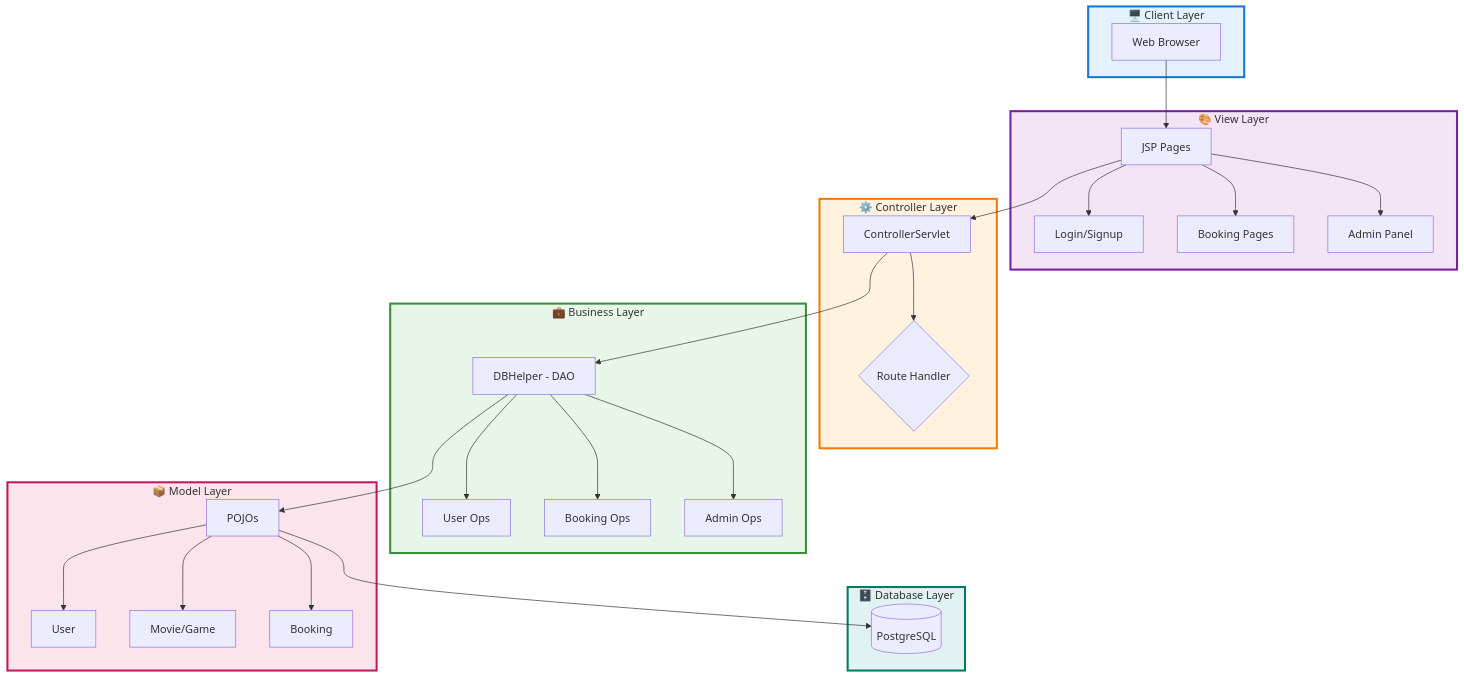
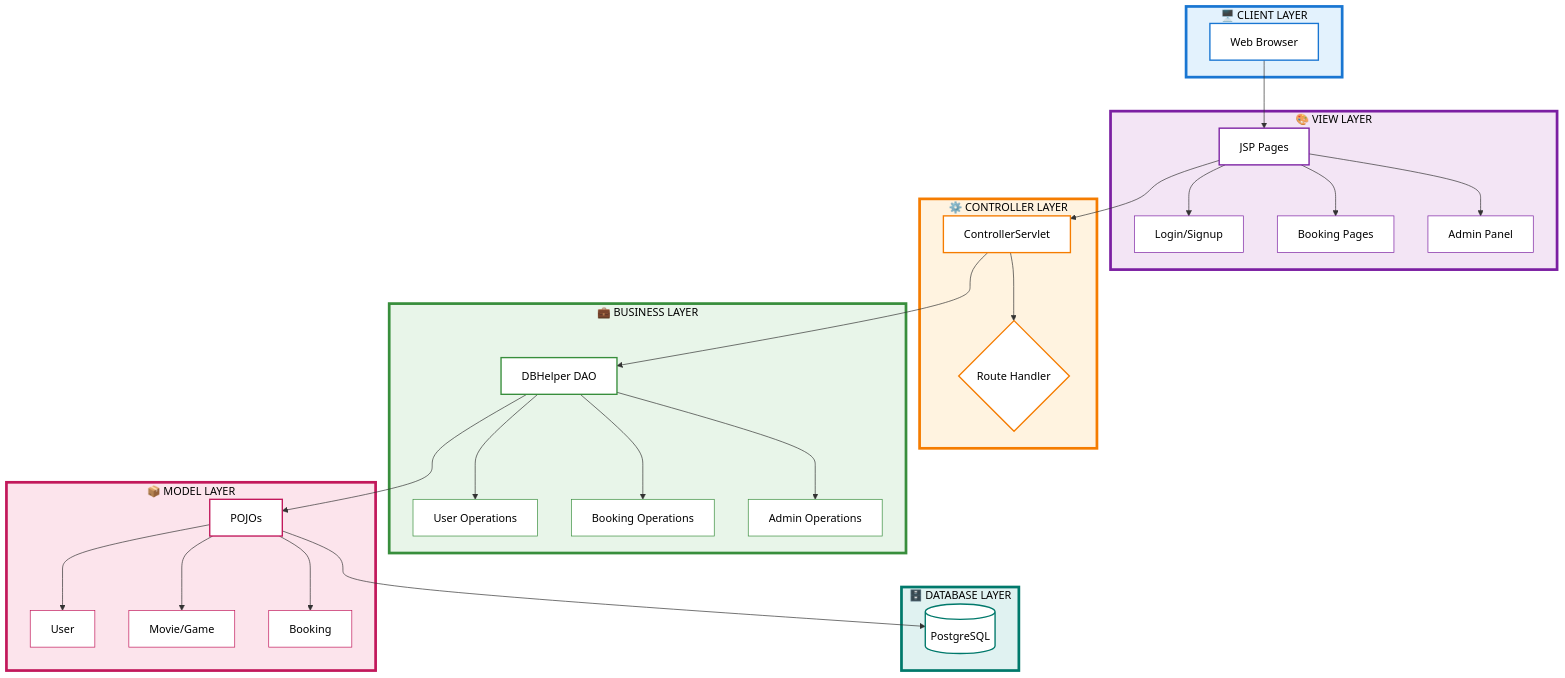
One commit to kumarpiyushraj/Book-My-Fun changed the second of 7 diagrams in README.md. Above: the diagram before and after it, drawn with Mermaid. The commit also changed other lines of this file, not shown here.

First line of the commit message:
Refactor architecture diagrams and update images

````diff
--- a/README.md
+++ b/README.md
@@ -121,53 +120,69 @@
 ```mermaid
 flowchart TD
-    subgraph Client["🖥️ Client Layer"]
+    subgraph Client["🖥️ CLIENT LAYER"]
         A[Web Browser]
     end
     
-    subgraph View["🎨 View Layer"]
+    subgraph View["🎨 VIEW LAYER"]
         B[JSP Pages]
         B1[Login/Signup]
         B2[Booking Pages]
         B3[Admin Panel]
         B --> B1 & B2 & B3
     end
     
-    subgraph Controller["⚙️ Controller Layer"]
+    subgraph Controller["⚙️ CONTROLLER LAYER"]
         C[ControllerServlet]
         C1{Route Handler}
         C --> C1
     end
     
-    subgraph Business["💼 Business Layer"]
-        D[DBHelper - DAO]
-        D1[User Ops]
-        D2[Booking Ops]
-        D3[Admin Ops]
+    subgraph Business["💼 BUSINESS LAYER"]
+        D[DBHelper DAO]
+        D1[User Operations]
+        D2[Booking Operations]
+        D3[Admin Operations]
         D --> D1 & D2 & D3
     end
     
-    subgraph Model["📦 Model Layer"]
+    subgraph Model["📦 MODEL LAYER"]
         E[POJOs]
         E1[User]
         E2[Movie/Game]
         E3[Booking]
         E --> E1 & E2 & E3
     end
     
-    subgraph Database["🗄️ Database Layer"]
+    subgraph Database["🗄️ DATABASE LAYER"]
         F[(PostgreSQL)]
     end
     
     A --> B
     B --> C
     C --> D
     D --> E
     E --> F
     
-    style Client fill:#E3F2FD,stroke:#1976D2,stroke-width:3px
-    style View fill:#F3E5F5,stroke:#7B1FA2,stroke-width:3px
-    style Controller fill:#FFF3E0,stroke:#F57C00,stroke-width:3px
-    style Business fill:#E8F5E9,stroke:#388E3C,stroke-width:3px
-    style Model fill:#FCE4EC,stroke:#C2185B,stroke-width:3px
-    style Database fill:#E0F2F1,stroke:#00796B,stroke-width:3px
+    style Client fill:#E3F2FD,stroke:#1976D2,stroke-width:4px,color:#000
+    style View fill:#F3E5F5,stroke:#7B1FA2,stroke-width:4px,color:#000
+    style Controller fill:#FFF3E0,stroke:#F57C00,stroke-width:4px,color:#000
+    style Business fill:#E8F5E9,stroke:#388E3C,stroke-width:4px,color:#000
+    style Model fill:#FCE4EC,stroke:#C2185B,stroke-width:4px,color:#000
+    style Database fill:#E0F2F1,stroke:#00796B,stroke-width:4px,color:#000
+    style A fill:#fff,stroke:#1976D2,stroke-width:2px,color:#000
+    style B fill:#fff,stroke:#7B1FA2,stroke-width:2px,color:#000
+    style B1 fill:#fff,stroke:#7B1FA2,stroke-width:1px,color:#000
+    style B2 fill:#fff,stroke:#7B1FA2,stroke-width:1px,color:#000
+    style B3 fill:#fff,stroke:#7B1FA2,stroke-width:1px,color:#000
+    style C fill:#fff,stroke:#F57C00,stroke-width:2px,color:#000
+    style C1 fill:#fff,stroke:#F57C00,stroke-width:2px,color:#000
+    style D fill:#fff,stroke:#388E3C,stroke-width:2px,color:#000
+    style D1 fill:#fff,stroke:#388E3C,stroke-width:1px,color:#000
+    style D2 fill:#fff,stroke:#388E3C,stroke-width:1px,color:#000
+    style D3 fill:#fff,stroke:#388E3C,stroke-width:1px,color:#000
+    style E fill:#fff,stroke:#C2185B,stroke-width:2px,color:#000
+    style E1 fill:#fff,stroke:#C2185B,stroke-width:1px,color:#000
+    style E2 fill:#fff,stroke:#C2185B,stroke-width:1px,color:#000
+    style E3 fill:#fff,stroke:#C2185B,stroke-width:1px,color:#000
+    style F fill:#fff,stroke:#00796B,stroke-width:2px,color:#000
 ```
````
